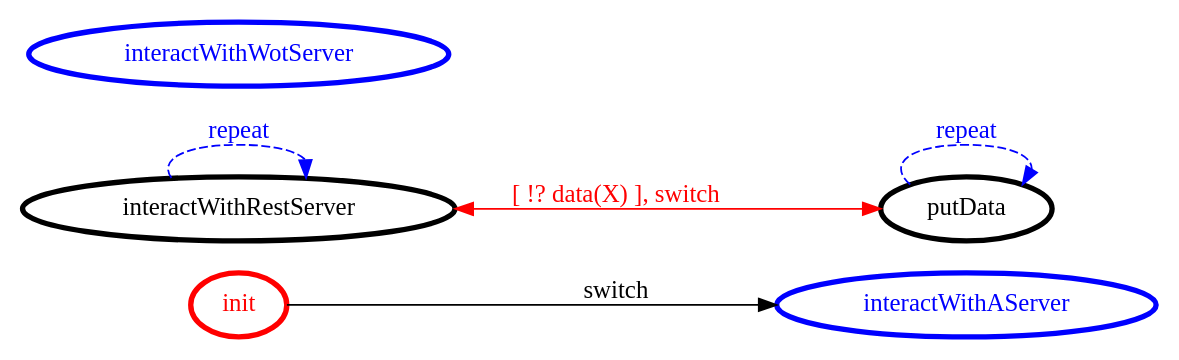
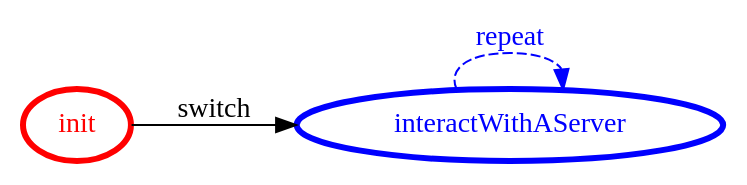
One commit to anatali/lss0 changed the diagram in it.unibo.qa.nodeserver/bin/dist/srcMore/it/unibo/qahttpclient/qahttpclient.gv. Above: the diagram before and after it, drawn with Graphviz. The commit also changed 131 other files, not shown here.

```diff
--- a/it.unibo.qa.nodeserver/bin/dist/srcMore/it/unibo/qahttpclient/qahttpclient.gv
+++ b/it.unibo.qa.nodeserver/bin/dist/srcMore/it/unibo/qahttpclient/qahttpclient.gv
@@ -1,22 +1,17 @@
 /*
 *
 * A GraphViz DOT FSM description 
 * Please use a GraphViz visualizer (like http://www.webgraphviz.com)
 *  
 */
 
 digraph finite_state_machine {
 	rankdir=LR
 	size="8,5"
 	
 	init [ color = red ][ fontcolor = red ][ penwidth = 3 ]
-	interactWithRestServer [ color = black ][ fontcolor = black ][ penwidth = 3 ]
-	putData [ color = black ][ fontcolor = black ][ penwidth = 3 ]
-	interactWithWotServer [ color = blue ][ fontcolor = blue ][ penwidth = 3 ]
 	interactWithAServer [ color = blue ][ fontcolor = blue ][ penwidth = 3 ]
 	
-	interactWithRestServer -> putData [ label = "[ !? data(X) ], switch" ][ color = red ][ fontcolor = red ][ dir = both ]
-	interactWithRestServer -> interactWithRestServer [ label = "repeat "][ style = dashed ][ color = blue ][ fontcolor = blue ]
+	interactWithAServer -> interactWithAServer [ label = "repeat "][ style = dashed ][ color = blue ][ fontcolor = blue ]
 	init -> interactWithAServer [ label = "switch" ][ color = black ][ fontcolor = black ]
-	putData -> putData [ label = "repeat "][ style = dashed ][ color = blue ][ fontcolor = blue ]
 }
```
